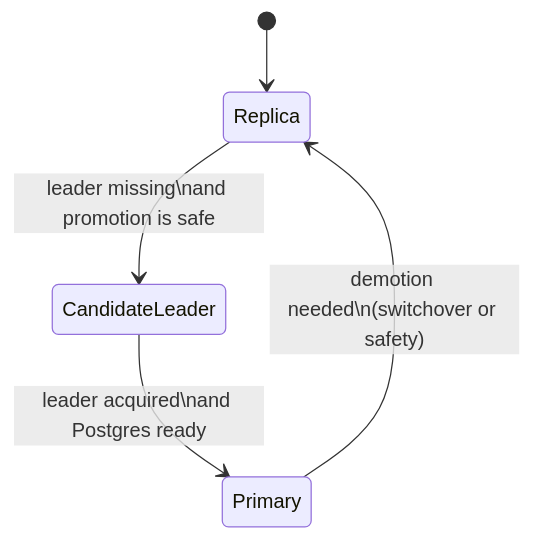
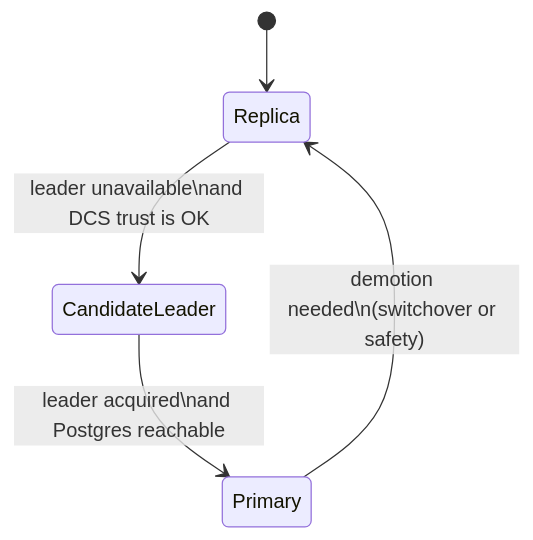
The first of 2 diagrams in docs/src/architecture/ha-lifecycle.md (djosh34/pgtuskmaster_rust), drawn with Mermaid before and after one commit. The commit also changed other lines of this file and 36 other files, not shown here.

First line of the commit message:
task finished 33-task-deep-skeptical-verification-of-doc-facts-and-writing-quality: audit docs + fix diagrams/test flake

````diff
--- a/docs/src/architecture/ha-lifecycle.md
+++ b/docs/src/architecture/ha-lifecycle.md
@@ -10,7 +10,7 @@
 ```mermaid
 stateDiagram-v2
   [*] --> Replica
-  Replica --> CandidateLeader: leader missing\nand promotion is safe
-  CandidateLeader --> Primary: leader acquired\nand Postgres ready
+  Replica --> CandidateLeader: leader unavailable\nand DCS trust is OK
+  CandidateLeader --> Primary: leader acquired\nand Postgres reachable
   Primary --> Replica: demotion needed\n(switchover or safety)
 ```
````
